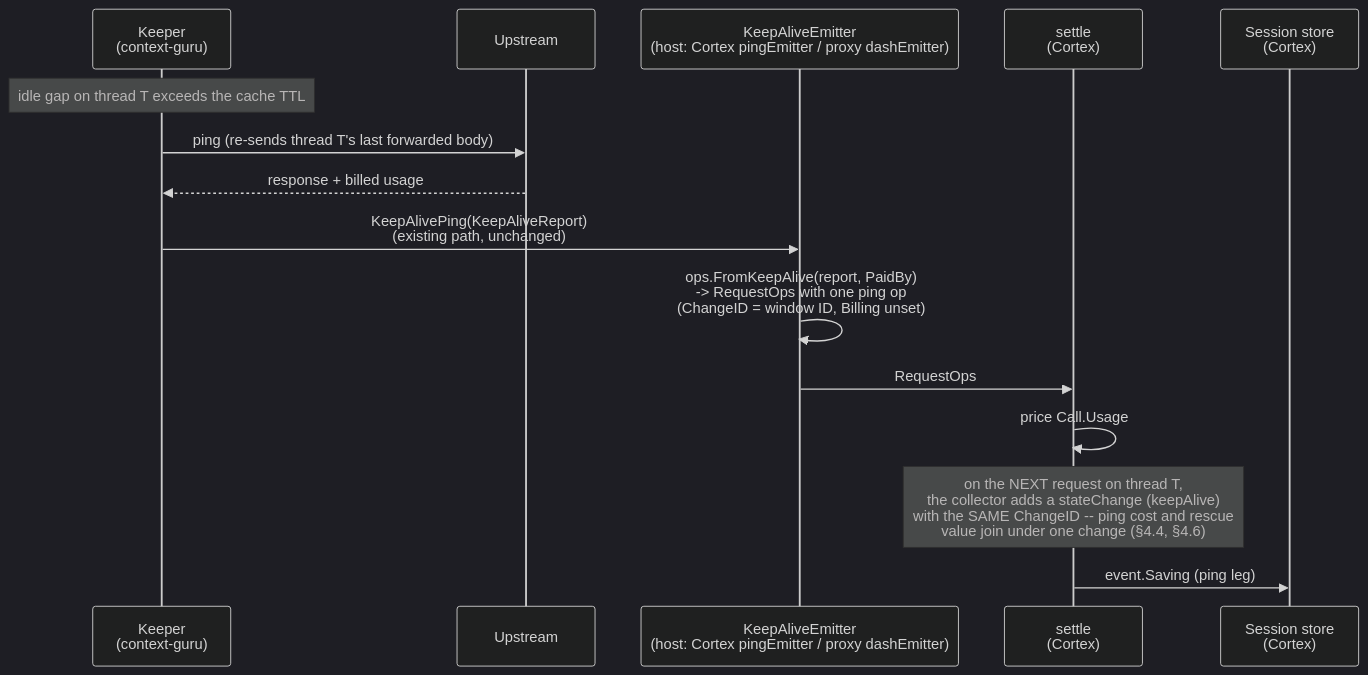
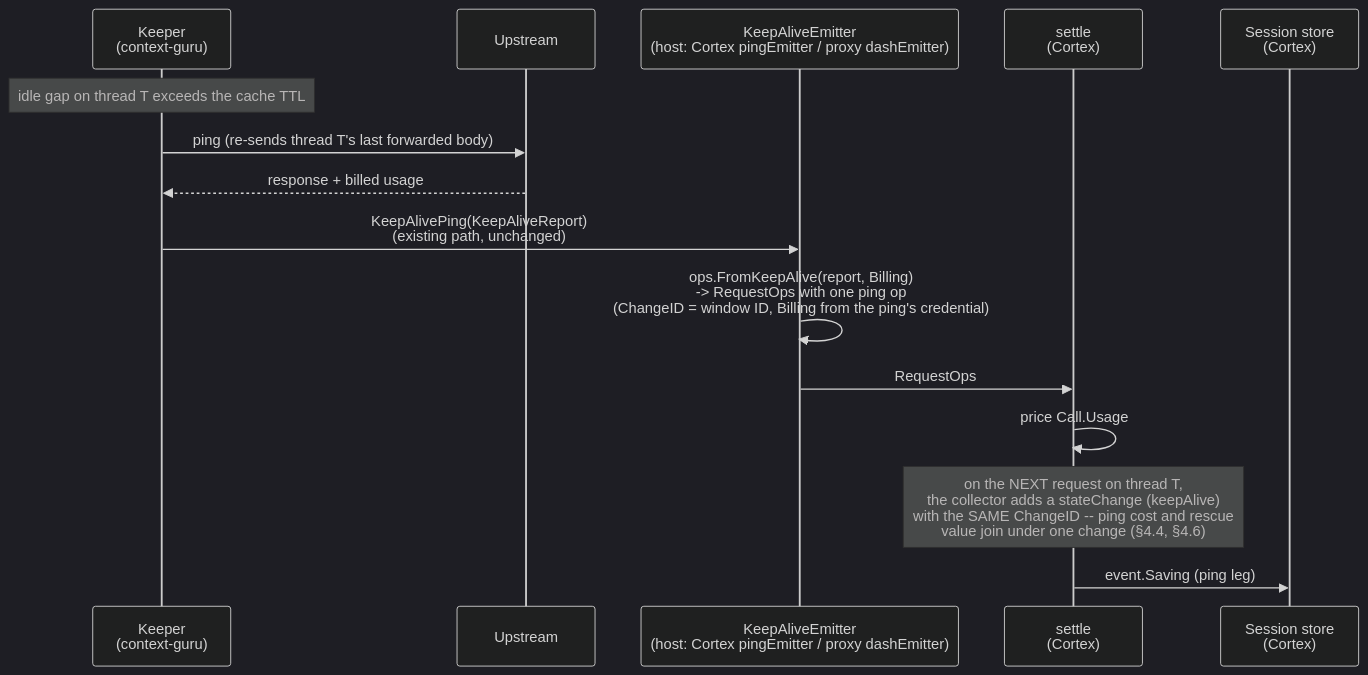
Before and after one commit to rossoctl/context-guru: the third of 3 diagrams in docs/superpowers/specs/2026-10-18-context-operations-cortex-wiring.md, drawn with Mermaid (dark theme). The commit also changed other lines of this file and 7 other files, not shown here.

````diff
--- a/docs/superpowers/specs/2026-10-18-context-operations-cortex-wiring.md
+++ b/docs/superpowers/specs/2026-10-18-context-operations-cortex-wiring.md
@@ -179,18 +179,18 @@
 ```mermaid
 sequenceDiagram
     participant Keeper as Keeper<br/>(context-guru)
     participant Upstream
     participant Emitter as KeepAliveEmitter<br/>(host: Cortex pingEmitter / proxy dashEmitter)
     participant Settle as settle<br/>(Cortex)
     participant Store as Session store<br/>(Cortex)
 
     Note over Keeper: idle gap on thread T exceeds the cache TTL
     Keeper->>Upstream: ping (re-sends thread T's last forwarded body)
     Upstream-->>Keeper: response + billed usage
     Keeper->>Emitter: KeepAlivePing(KeepAliveReport)<br/>(existing path, unchanged)
-    Emitter->>Emitter: ops.FromKeepAlive(report, PaidBy)<br/>-> RequestOps with one ping op<br/>(ChangeID = window ID, Billing unset)
+    Emitter->>Emitter: ops.FromKeepAlive(report, Billing)<br/>-> RequestOps with one ping op<br/>(ChangeID = window ID, Billing from the ping's credential)
     Emitter->>Settle: RequestOps
     Settle->>Settle: price Call.Usage
     Note over Settle: on the NEXT request on thread T,<br/>the collector adds a stateChange (keepAlive)<br/>with the SAME ChangeID -- ping cost and rescue<br/>value join under one change (§4.4, §4.6)
     Settle->>Store: event.Saving (ping leg)
 ```
````
